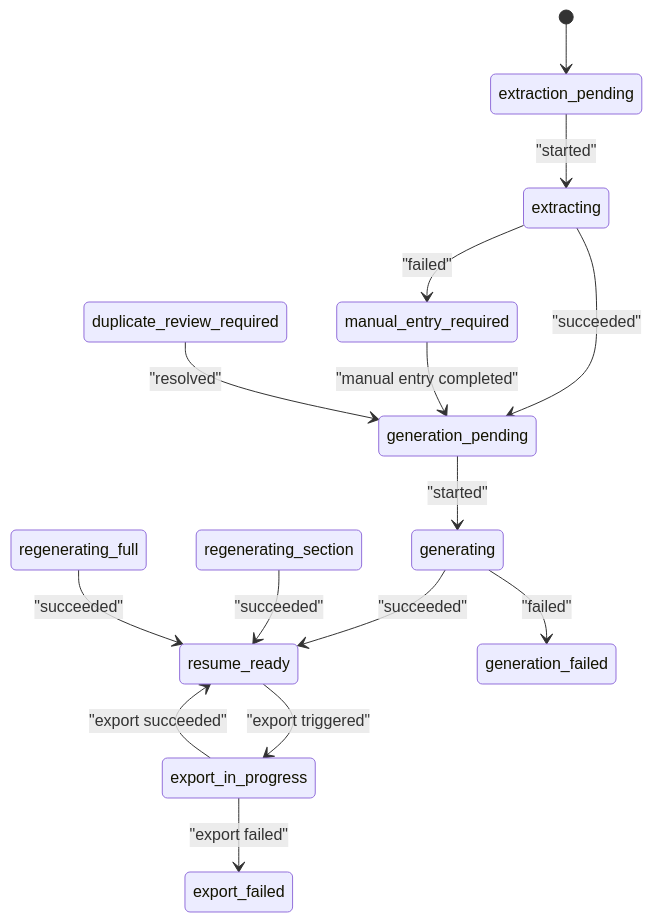
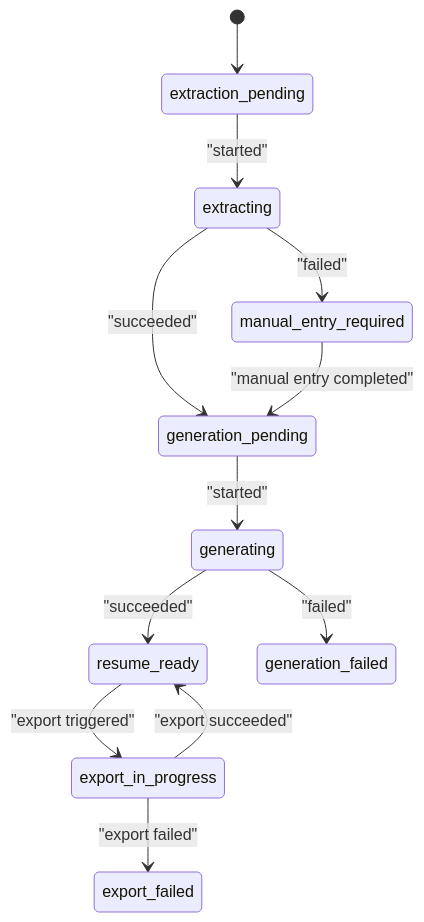
The eighth of 8 diagrams in .qoder/repowiki/en/content/Backend API/Service Layer/Application Manager Service.md (sankaL/resume-app), drawn with Mermaid before and after one commit. The commit also changed other lines of this file and 7 other files, not shown here.

````diff
--- a/.qoder/repowiki/en/content/Backend API/Service Layer/Application Manager Service.md
+++ b/.qoder/repowiki/en/content/Backend API/Service Layer/Application Manager Service.md
@@ -724,17 +364,14 @@
 ```mermaid
 stateDiagram-v2
 [*] --> extraction_pending
 extraction_pending --> extracting : "started"
 extracting --> generation_pending : "succeeded"
 extracting --> manual_entry_required : "failed"
 generation_pending --> generating : "started"
 generating --> resume_ready : "succeeded"
 generating --> generation_failed : "failed"
 resume_ready --> export_in_progress : "export triggered"
 export_in_progress --> resume_ready : "export succeeded"
 export_in_progress --> export_failed : "export failed"
 manual_entry_required --> generation_pending : "manual entry completed"
-duplicate_review_required --> generation_pending : "resolved"
-regenerating_section --> resume_ready : "succeeded"
-regenerating_full --> resume_ready : "succeeded"
 ```
````
